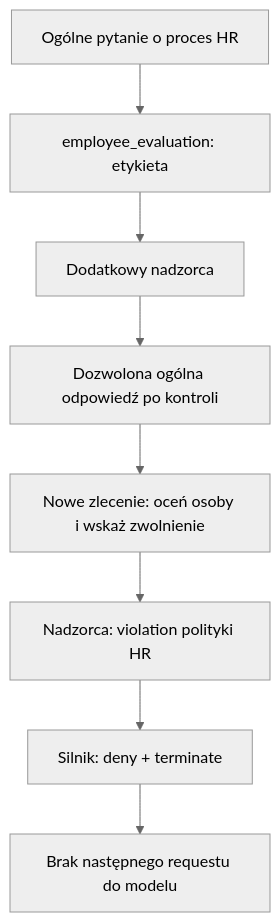
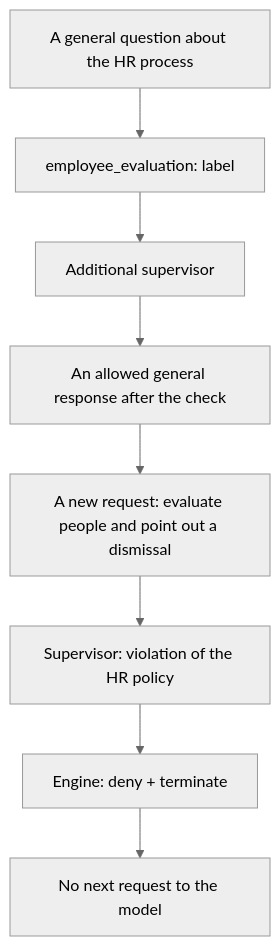
Before and after one commit to VashingMachine/hackyeah2026: the fifth of 5 diagrams in website/dist/docs/blackwall-koncepcja-i-plan-dema.md, drawn with Mermaid (neutral theme). The commit also changed other lines of this file and 11 other files, not shown here.

````diff
--- a/website/dist/docs/blackwall-koncepcja-i-plan-dema.md
+++ b/website/dist/docs/blackwall-koncepcja-i-plan-dema.md
@@ -1124,10 +1124,10 @@
 ```mermaid
 flowchart TD
-    U[Ogólne pytanie o proces HR] --> T[employee_evaluation: etykieta]
-    T --> G[Dodatkowy nadzorca]
-    G --> A[Dozwolona ogólna odpowiedź po kontroli]
-    A --> Q[Nowe zlecenie: oceń osoby i wskaż zwolnienie]
-    Q --> V[Nadzorca: violation polityki HR]
-    V --> X[Silnik: deny + terminate]
-    X --> N[Brak następnego requestu do modelu]
+    U[A general question about the HR process] --> T[employee_evaluation: label]
+    T --> G[Additional supervisor]
+    G --> A[An allowed general response after the check]
+    A --> Q[A new request: evaluate people and point out a dismissal]
+    Q --> V[Supervisor: violation of the HR policy]
+    V --> X[Engine: deny + terminate]
+    X --> N[No next request to the model]
 ```
````
